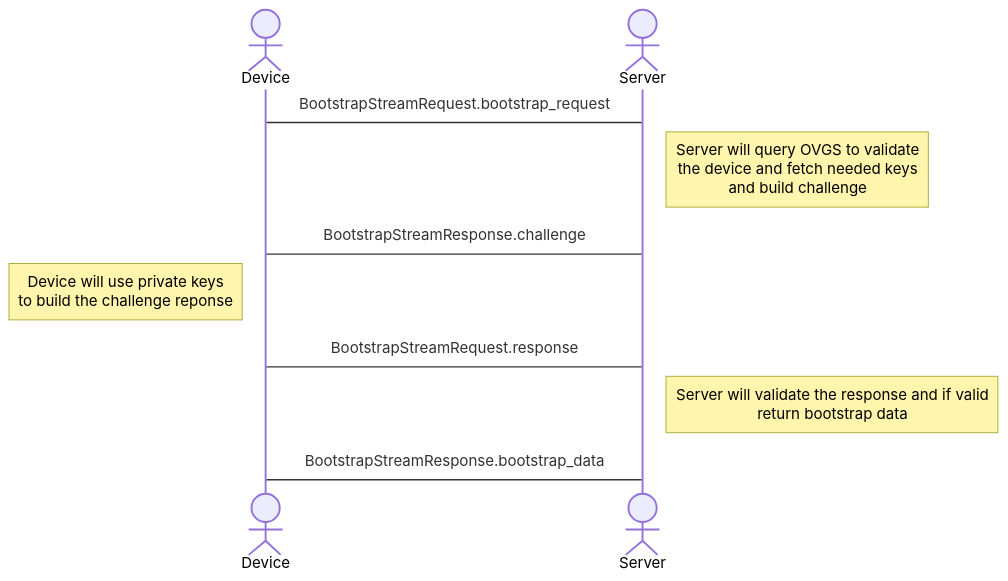
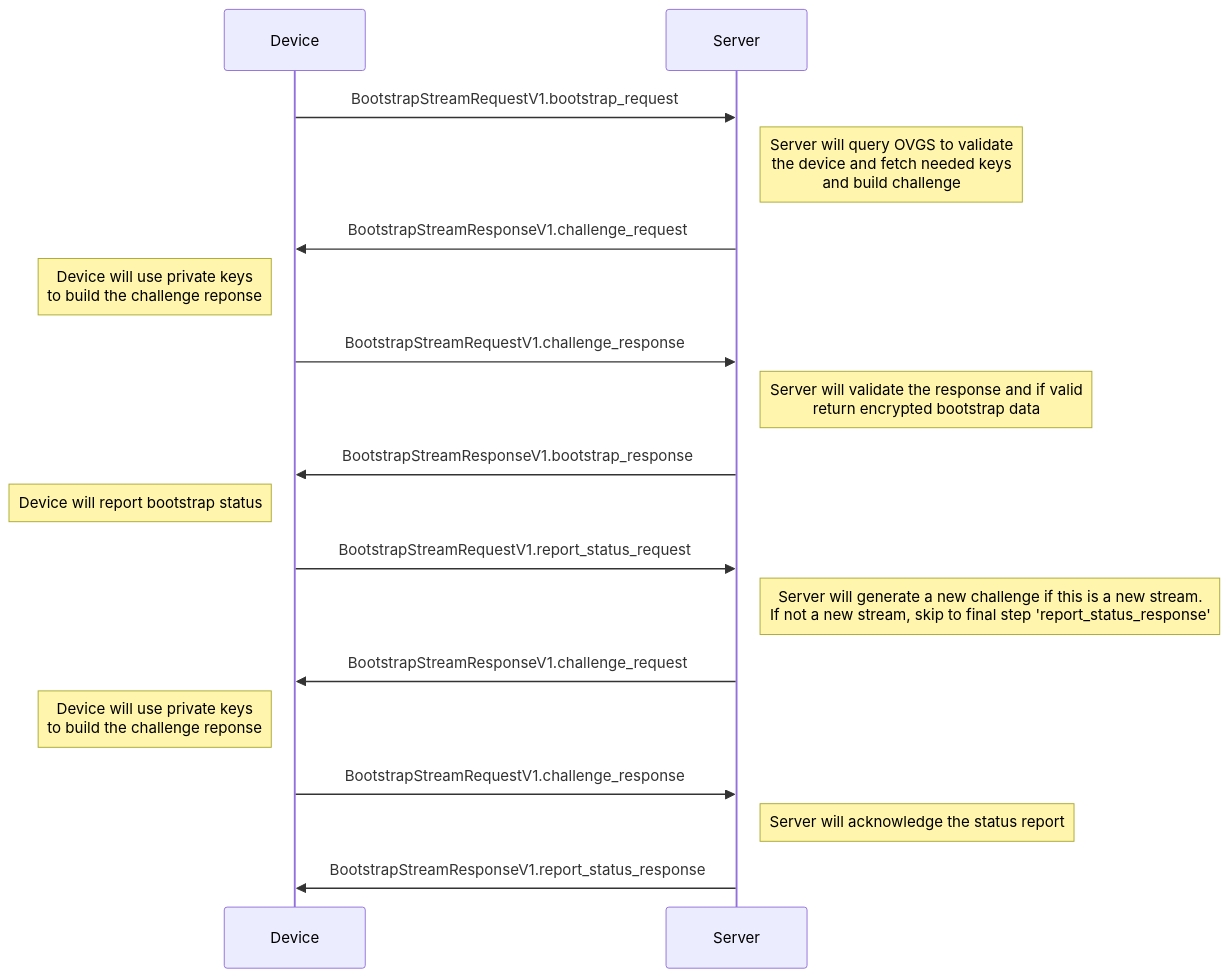
The diagram in feature/system/secure_boot/tests/bootz/README.md (openconfig/featureprofiles), drawn with Mermaid before and after one commit. The commit also changed other lines of this file and 1 other file, not shown here.

````diff
--- a/feature/system/secure_boot/tests/bootz/README.md
+++ b/feature/system/secure_boot/tests/bootz/README.md
@@ -204,12 +204,20 @@
 ```mermaid
 sequenceDiagram
-   actor Device
-   actor Server
-   Device->Server: BootstrapStreamRequest.bootstrap_request
+   participant Device
+   participant Server
+   Device->>Server: BootstrapStreamRequestV1.bootstrap_request
    Note right of Server: Server will query OVGS to validate<br>the device and fetch needed keys<br>and build challenge
-   Server->Device: BootstrapStreamResponse.challenge
+   Server->>Device: BootstrapStreamResponseV1.challenge_request
    Note left of Device: Device will use private keys<br>to build the challenge reponse
-   Device->Server: BootstrapStreamRequest.response
-   Note right of Server: Server will validate the response and if valid<br>return bootstrap data
-   Server->Device: BootstrapStreamResponse.bootstrap_data
+   Device->>Server: BootstrapStreamRequestV1.challenge_response
+   Note right of Server: Server will validate the response and if valid<br>return encrypted bootstrap data
+   Server->>Device: BootstrapStreamResponseV1.bootstrap_response
+   Note left of Device: Device will report bootstrap status
+   Device->>Server: BootstrapStreamRequestV1.report_status_request
+   Note right of Server: Server will generate a new challenge if this is a new stream.<br>If not a new stream, skip to final step 'report_status_response'
+   Server->>Device: BootstrapStreamResponseV1.challenge_request
+   Note left of Device: Device will use private keys<br>to build the challenge reponse
+   Device->>Server: BootstrapStreamRequestV1.challenge_response
+   Note right of Server: Server will acknowledge the status report
+   Server->>Device: BootstrapStreamResponseV1.report_status_response
 ```
````
